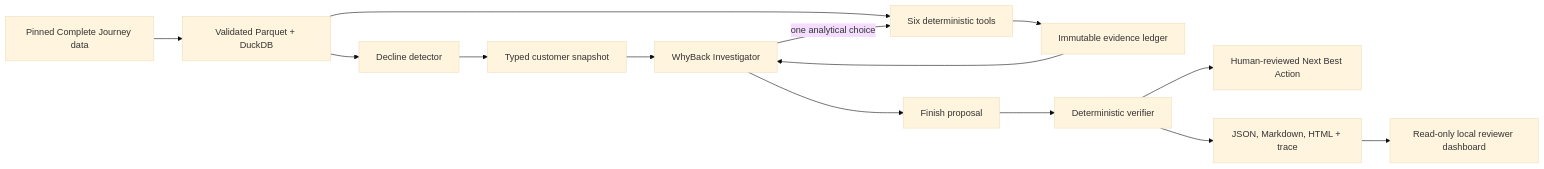
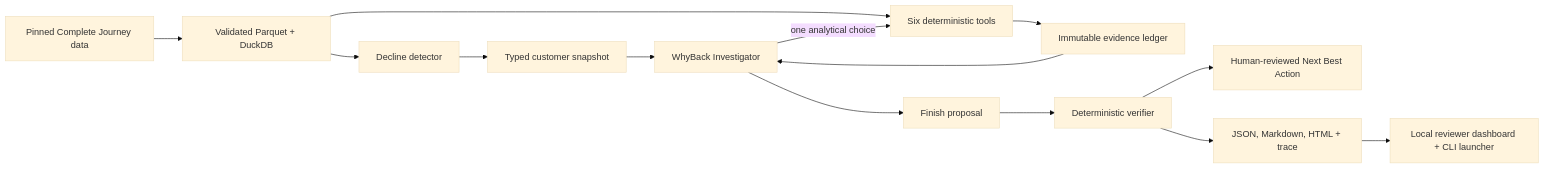
The diagram in README.md (nickjanocik/WhyBack), drawn with Mermaid (base theme) before and after one commit. The commit also changed other lines of this file and 33 other files, not shown here.

````diff
--- a/README.md
+++ b/README.md
@@ -14,16 +14,16 @@
 ```mermaid
 flowchart LR
     A[Pinned Complete Journey data] --> B[Validated Parquet + DuckDB]
     B --> C[Decline detector]
     B --> D[Six deterministic tools]
     C --> E[Typed customer snapshot]
     E --> F[WhyBack Investigator]
     F -->|one analytical choice| D
     D --> G[Immutable evidence ledger]
     G --> F
     F --> H[Finish proposal]
     H --> I[Deterministic verifier]
     I --> J[Human-reviewed Next Best Action]
     I --> K[JSON, Markdown, HTML + trace]
-    K --> L[Read-only local reviewer dashboard]
+    K --> L[Local reviewer dashboard + CLI launcher]
 ```
````
